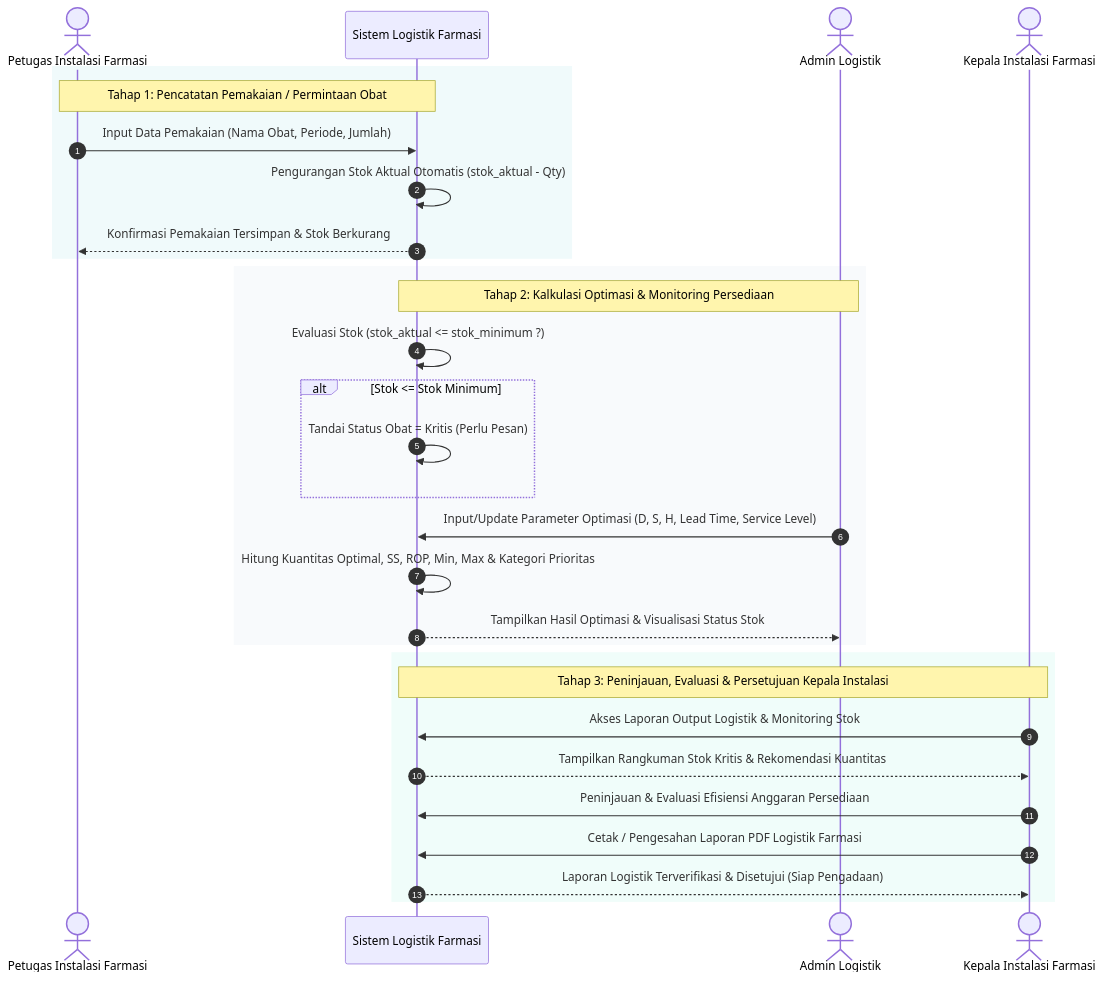
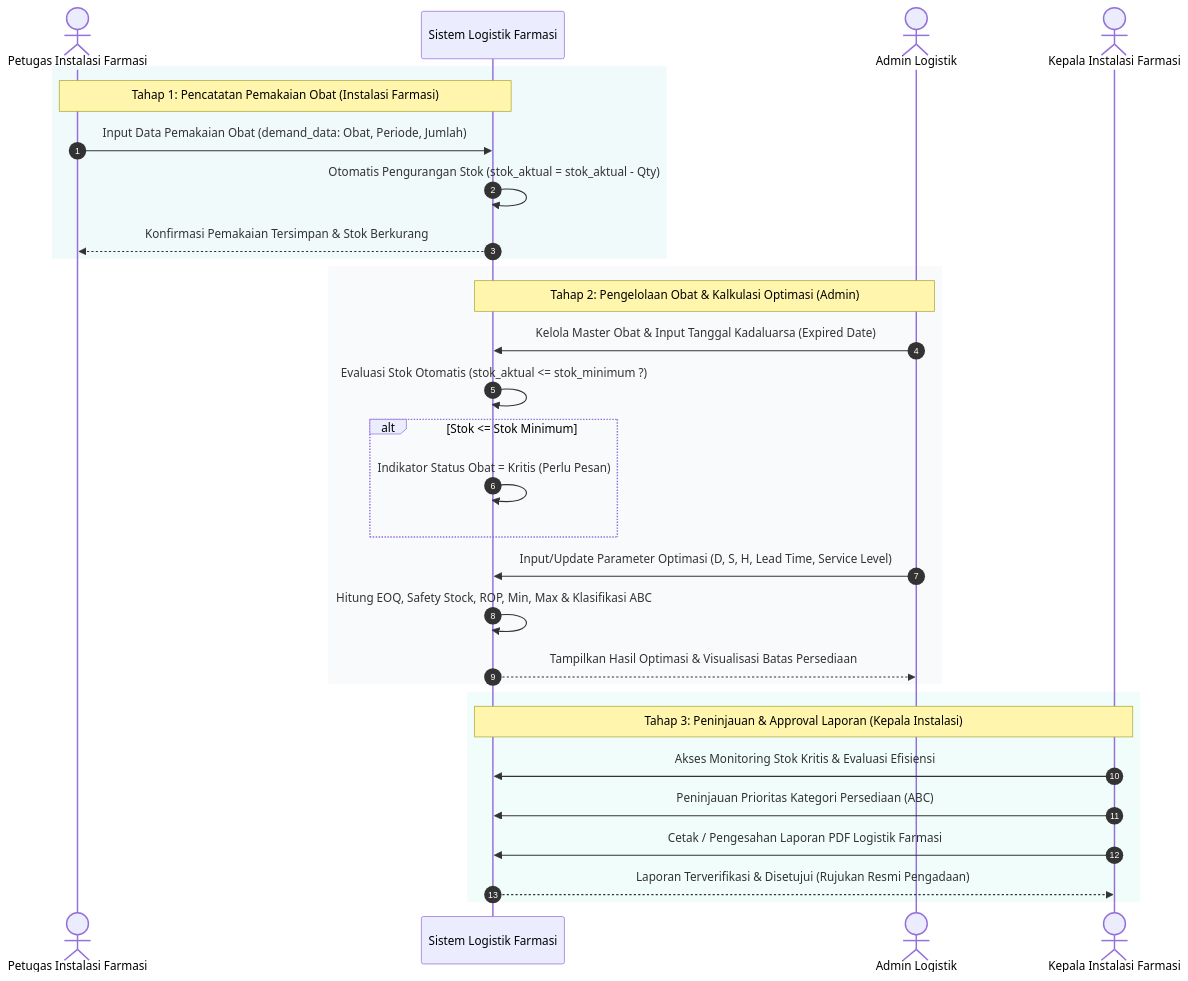
Before and after one commit to DimasSetiawan1/wanda_logistik_farmasi: the first of 2 diagrams in README.md, drawn with Mermaid. The commit also changed other lines of this file and 9 other files, not shown here.

Commit message:
feat: implement demand data and medicine management controllers with corresponding views and update README documentation

````diff
--- a/README.md
+++ b/README.md
@@ -11,35 +13,35 @@
 ```mermaid
 sequenceDiagram
     autonumber
     actor IF as Petugas Instalasi Farmasi
     participant SYS as Sistem Logistik Farmasi
     actor ADM as Admin Logistik
     actor KIF as Kepala Instalasi Farmasi
 
     rect rgb(240, 250, 251)
-    note over IF, SYS: Tahap 1: Pencatatan Pemakaian / Permintaan Obat
-    IF->>SYS: Input Data Pemakaian (Nama Obat, Periode, Jumlah)
-    SYS->>SYS: Pengurangan Stok Aktual Otomatis (stok_aktual - Qty)
+    note over IF, SYS: Tahap 1: Pencatatan Pemakaian Obat (Instalasi Farmasi)
+    IF->>SYS: Input Data Pemakaian Obat (demand_data: Obat, Periode, Jumlah)
+    SYS->>SYS: Otomatis Pengurangan Stok (stok_aktual = stok_aktual - Qty)
     SYS-->>IF: Konfirmasi Pemakaian Tersimpan & Stok Berkurang
     end
 
     rect rgb(248, 250, 252)
-    note over ADM, SYS: Tahap 2: Kalkulasi Optimasi & Monitoring Persediaan
-    SYS->>SYS: Evaluasi Stok (stok_aktual <= stok_minimum ?)
+    note over ADM, SYS: Tahap 2: Pengelolaan Obat & Kalkulasi Optimasi (Admin)
+    ADM->>SYS: Kelola Master Obat & Input Tanggal Kadaluarsa (Expired Date)
+    SYS->>SYS: Evaluasi Stok Otomatis (stok_aktual <= stok_minimum ?)
     alt Stok <= Stok Minimum
-        SYS->>SYS: Tandai Status Obat = Kritis (Perlu Pesan)
+        SYS->>SYS: Indikator Status Obat = Kritis (Perlu Pesan)
     end
     ADM->>SYS: Input/Update Parameter Optimasi (D, S, H, Lead Time, Service Level)
-    SYS->>SYS: Hitung Kuantitas Optimal, SS, ROP, Min, Max & Kategori Prioritas
-    SYS-->>ADM: Tampilkan Hasil Optimasi & Visualisasi Status Stok
+    SYS->>SYS: Hitung EOQ, Safety Stock, ROP, Min, Max & Klasifikasi ABC
+    SYS-->>ADM: Tampilkan Hasil Optimasi & Visualisasi Batas Persediaan
     end
 
     rect rgb(240, 253, 250)
-    note over KIF, SYS: Tahap 3: Peninjauan, Evaluasi & Persetujuan Kepala Instalasi
-    KIF->>SYS: Akses Laporan Output Logistik & Monitoring Stok
-    SYS-->>KIF: Tampilkan Rangkuman Stok Kritis & Rekomendasi Kuantitas
-    KIF->>SYS: Peninjauan & Evaluasi Efisiensi Anggaran Persediaan
+    note over KIF, SYS: Tahap 3: Peninjauan & Approval Laporan (Kepala Instalasi)
+    KIF->>SYS: Akses Monitoring Stok Kritis & Evaluasi Efisiensi
+    KIF->>SYS: Peninjauan Prioritas Kategori Persediaan (ABC)
     KIF->>SYS: Cetak / Pengesahan Laporan PDF Logistik Farmasi
-    SYS-->>KIF: Laporan Logistik Terverifikasi & Disetujui (Siap Pengadaan)
+    SYS-->>KIF: Laporan Terverifikasi & Disetujui (Rujukan Resmi Pengadaan)
     end
 ```
````
